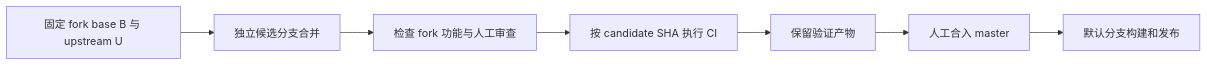
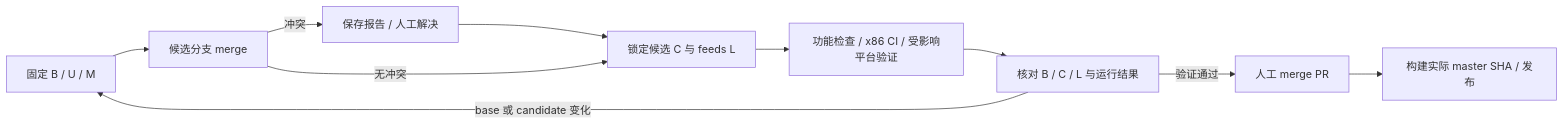
One commit to mizuikki/lede changed the diagram in doc/upstream-sync.md. Above: the diagram before and after it, drawn with Mermaid. The commit also changed other lines of this file, not shown here.

Commit message:
docs(sync): document upstream synchronization implementation plan

````diff
--- a/doc/upstream-sync.md
+++ b/doc/upstream-sync.md
@@ -82,9 +129,12 @@
 ```mermaid
 flowchart LR
-    A[固定 fork base B 与 upstream U] --> B[独立候选分支合并]
-    B --> C[检查 fork 功能与人工审查]
-    C --> D[按 candidate SHA 执行 CI]
-    D --> E[保留验证产物]
-    E --> F[人工合入 master]
-    F --> G[默认分支构建和发布]
+    A[固定 B / U / M] --> B[候选分支 merge]
+    B -->|冲突| H[保存报告 / 人工解决]
+    H --> C[锁定候选 C 与 feeds L]
+    B -->|无冲突| C
+    C --> D[功能检查 / x86 CI / 受影响平台验证]
+    D --> E[核对 B / C / L 与运行结果]
+    E -->|base 或 candidate 变化| A
+    E -->|验证通过| F[人工 merge PR]
+    F --> G[构建实际 master SHA / 发布]
 ```
````
